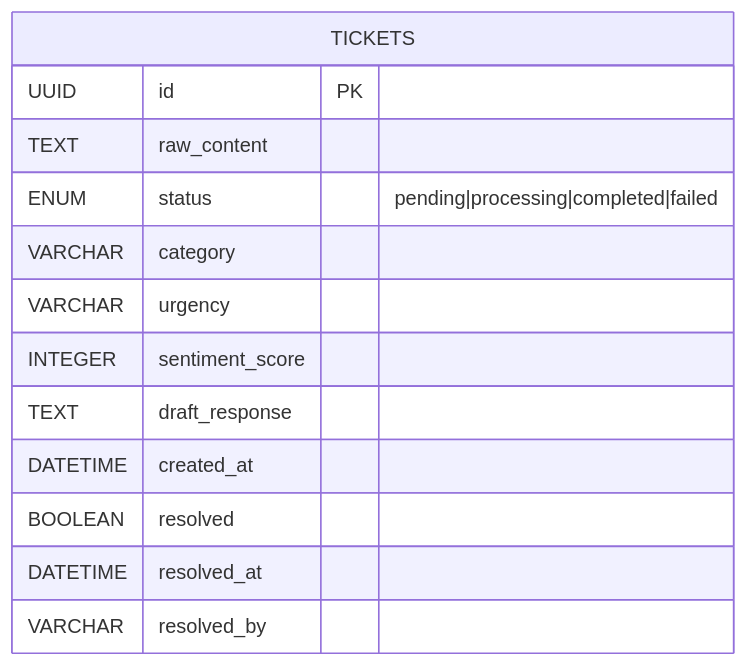
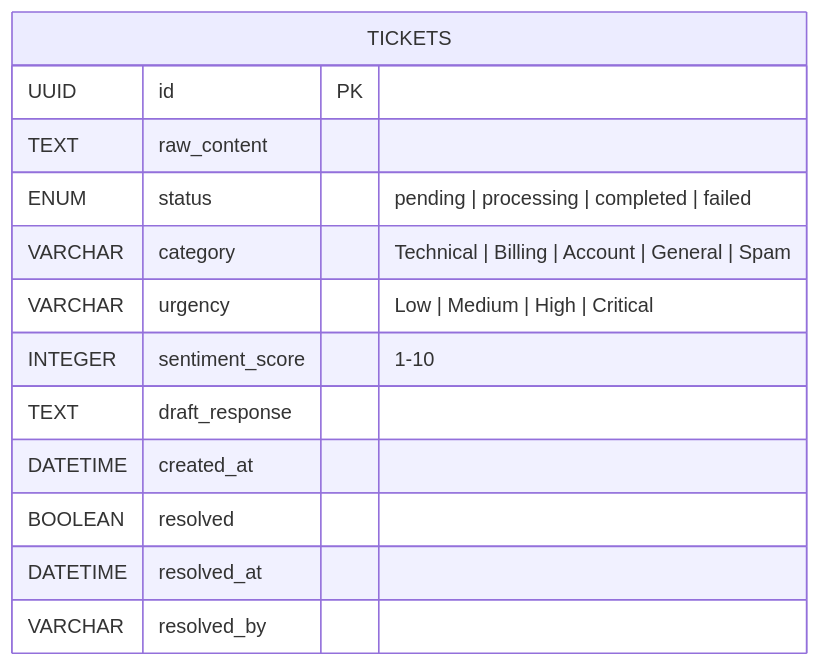
Before and after one commit to xuandat282/TriageRecoveryHub: the third of 3 diagrams in README.md, drawn with Mermaid. The commit also changed other lines of this file and 5 other files, not shown here.

````diff
--- a/README.md
+++ b/README.md
@@ -119,16 +271,16 @@
 ```mermaid
 erDiagram
     TICKETS {
         UUID id PK
         TEXT raw_content
-        ENUM status "pending|processing|completed|failed"
-        VARCHAR category
-        VARCHAR urgency
-        INTEGER sentiment_score
+        ENUM status "pending | processing | completed | failed"
+        VARCHAR category "Technical | Billing | Account | General | Spam"
+        VARCHAR urgency "Low | Medium | High | Critical"
+        INTEGER sentiment_score "1-10"
         TEXT draft_response
         DATETIME created_at
         BOOLEAN resolved
         DATETIME resolved_at
         VARCHAR resolved_by
     }
 ```
````
